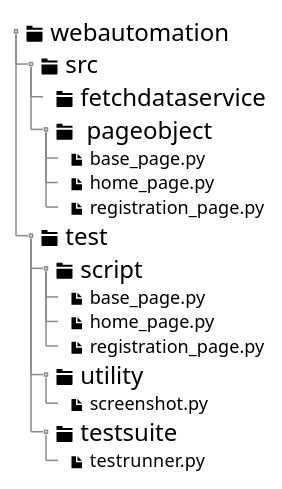
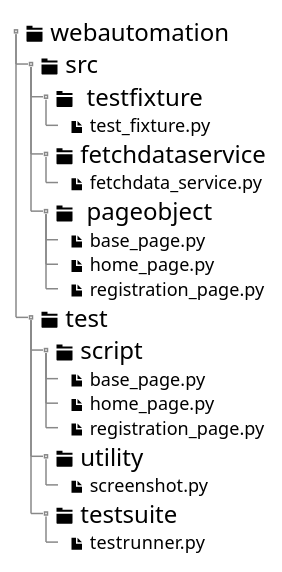
The diagram in python_folder_structure.puml (susmita-t/testautomation), drawn with PlantUML before and after one commit.

Commit message:
added details about test fixture and fetchdata services

```diff
--- a/python_folder_structure.puml
+++ b/python_folder_structure.puml
@@ -1,23 +1,27 @@
 @startuml
 salt
 {
     {T
         + <size:16><&folder> webautomation
             ++ <size:16><&folder> src
+                +++ <size:16><&folder> <color:black> testfixture
+                ++++ <size:12><&file> test_fixture.py
                 +++ <size:16><&folder> fetchdataservice
+                ++++ <size:12><&file> fetchdata_service.py
                 +++ <size:16><&folder> <color:black> pageobject
                 ++++ <size:12><&file> base_page.py
                 ++++ <size:12><&file> home_page.py
                 ++++ <size:12><&file> registration_page.py
             ++ <size:16><&folder> test
                 +++ <size:16><&folder> script
                 ++++ <size:12><&file> base_page.py
                 ++++ <size:12><&file> home_page.py
                 ++++ <size:12><&file> registration_page.py
                 +++ <size:16><&folder> utility
                 ++++ <size:12><&file> screenshot.py
                 +++ <size:16><&folder> testsuite
                 ++++ <size:12><&file> testrunner.py
     }
+
 }
 @enduml
```
